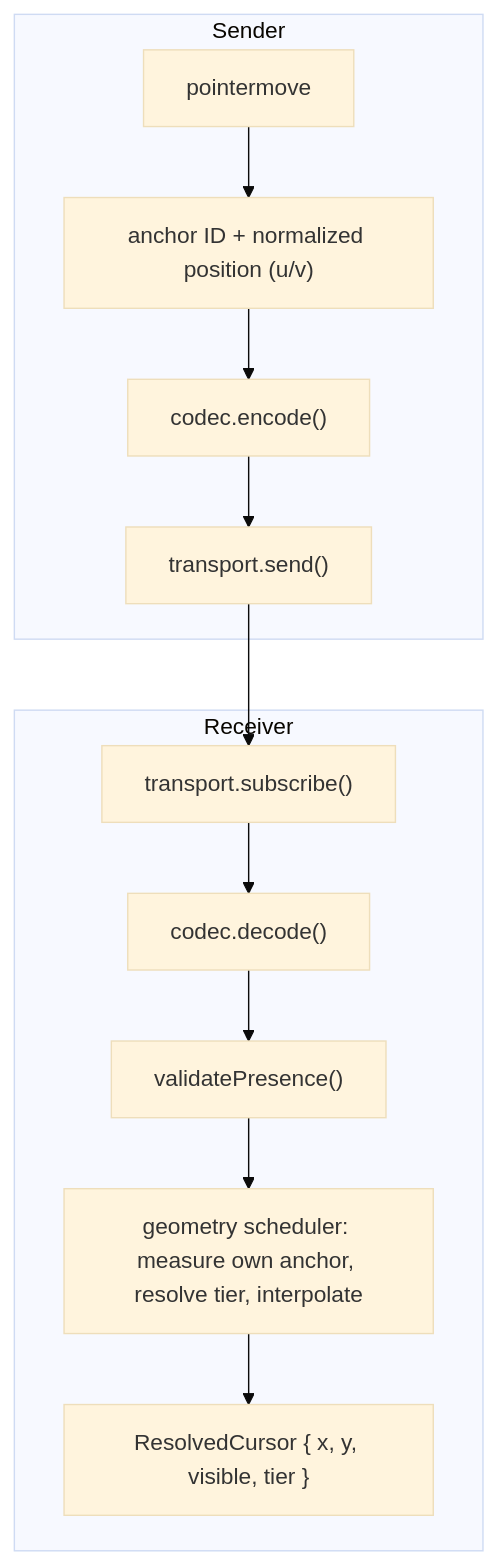
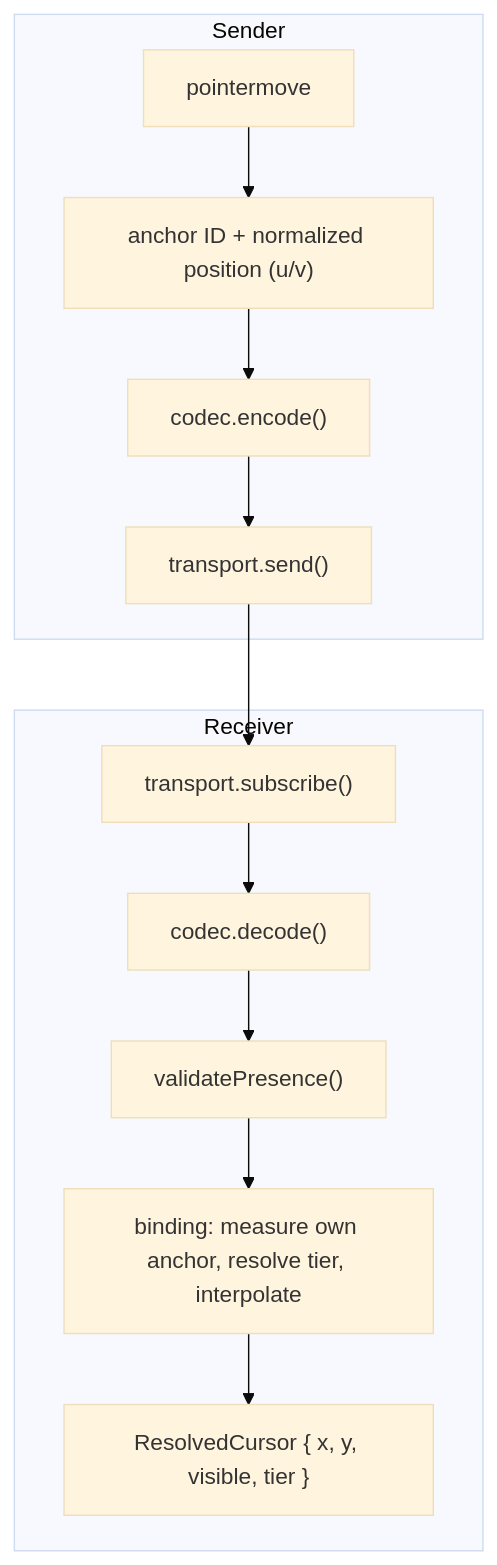
The diagram in README.md (DammersCode/anchor-presence), drawn with Mermaid (base theme) before and after one commit. The commit also changed other lines of this file and 93 other files, not shown here.

````diff
--- a/README.md
+++ b/README.md
@@ -122,15 +140,15 @@
 ```mermaid
 flowchart TD
     subgraph Sender
         A["pointermove"] --> B["anchor ID + normalized position (u/v)"]
         B --> C["codec.encode()"]
         C --> D["transport.send()"]
     end
     subgraph Receiver
         E["transport.subscribe()"] --> F["codec.decode()"]
         F --> G["validatePresence()"]
-        G --> H["geometry scheduler: measure own anchor, resolve tier, interpolate"]
+        G --> H["binding: measure own anchor, resolve tier, interpolate"]
         H --> I["ResolvedCursor { x, y, visible, tier }"]
     end
     D --> E
 ```
````
